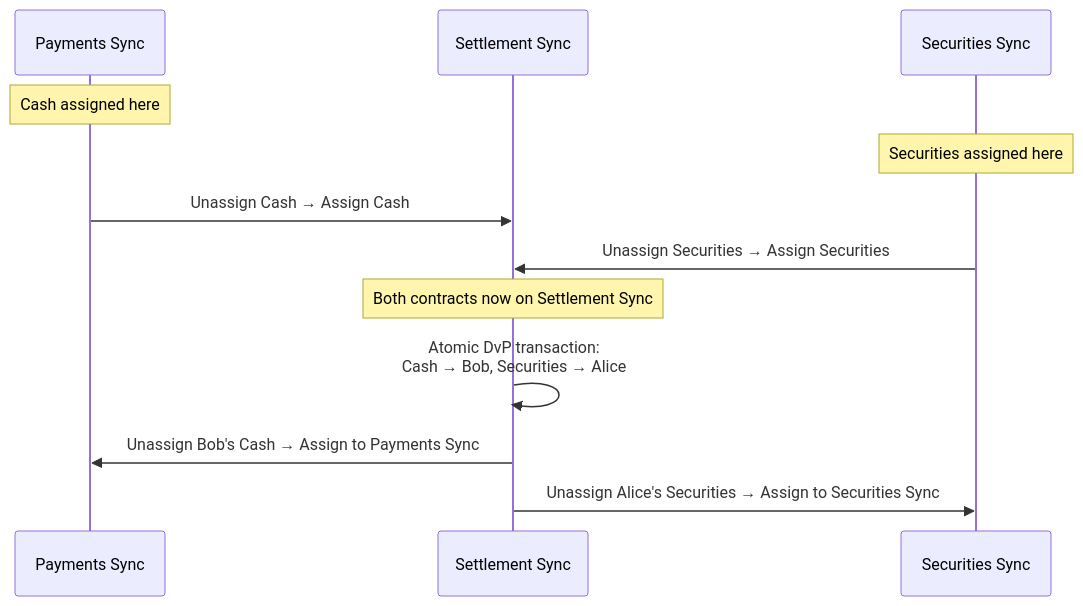
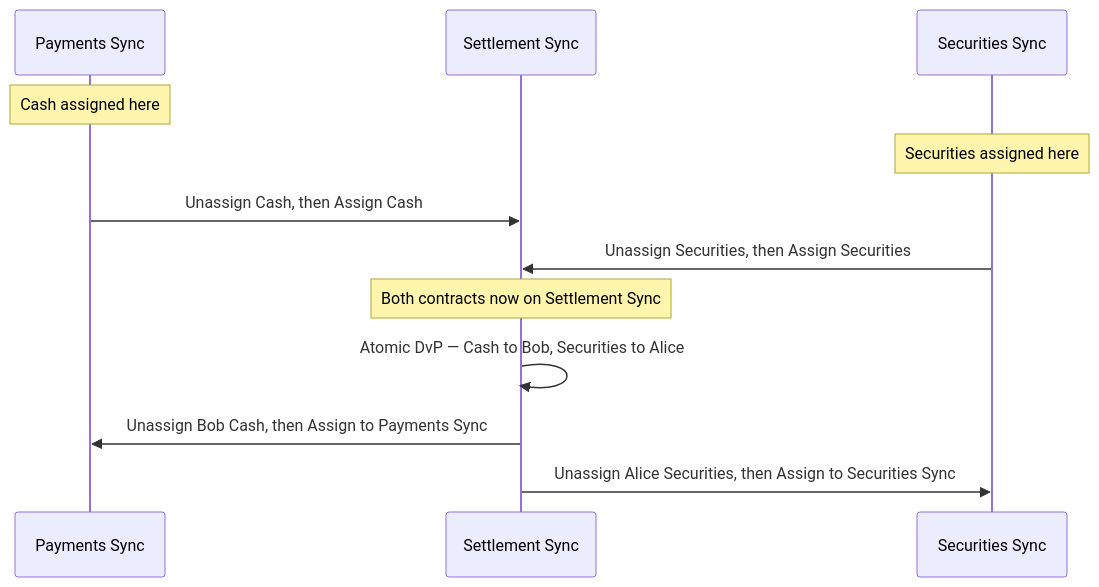
One commit to canton-network/cf-docs changed the diagram in docs-main/overview/reference/cross-sync-dvp-example.mdx. Above: the diagram before and after it, drawn with Mermaid.

Commit message:
Fix non-rendering Sequence Diagram on cross-sync-dvp-example (#405)
The mermaid sequenceDiagram on this page rendered as an empty zoom-control
container — the diagram silently failed to draw. Three small changes that
brought it in line with the working sequenceDiagram in m2-multi-party-workflows:

- Remove blank lines within the diagram body (some mermaid versions parse
  them as end-of-diagram markers)
- Replace the inner colon in the 'Atomic DvP transaction:' message label
  with an em-dash; mermaid uses ':' as the message-text separator and the
  in-text colon was confusing the parser
- Drop the apostrophe from "Bob's" / "Alice's" in message labels; some
  mermaid font/rendering combinations choke on it

Reopens #405 (the issue was incorrectly closed in the original PR-F commit
where I noted 'the mermaid block was already present' — present but not
rendering).

````diff
--- a/docs-main/overview/reference/cross-sync-dvp-example.mdx
+++ b/docs-main/overview/reference/cross-sync-dvp-example.mdx
@@ -70,19 +70,14 @@
 ```mermaid
 sequenceDiagram
     participant PS as Payments Sync
     participant SS as Settlement Sync
     participant XS as Securities Sync
-
     Note over PS: Cash assigned here
     Note over XS: Securities assigned here
-
-    PS->>SS: Unassign Cash → Assign Cash
-    XS->>SS: Unassign Securities → Assign Securities
-
+    PS->>SS: Unassign Cash, then Assign Cash
+    XS->>SS: Unassign Securities, then Assign Securities
     Note over SS: Both contracts now on Settlement Sync
-
-    SS->>SS: Atomic DvP transaction:<br/>Cash → Bob, Securities → Alice
-
-    SS->>PS: Unassign Bob's Cash → Assign to Payments Sync
-    SS->>XS: Unassign Alice's Securities → Assign to Securities Sync
+    SS->>SS: Atomic DvP — Cash to Bob, Securities to Alice
+    SS->>PS: Unassign Bob Cash, then Assign to Payments Sync
+    SS->>XS: Unassign Alice Securities, then Assign to Securities Sync
 ```
````
